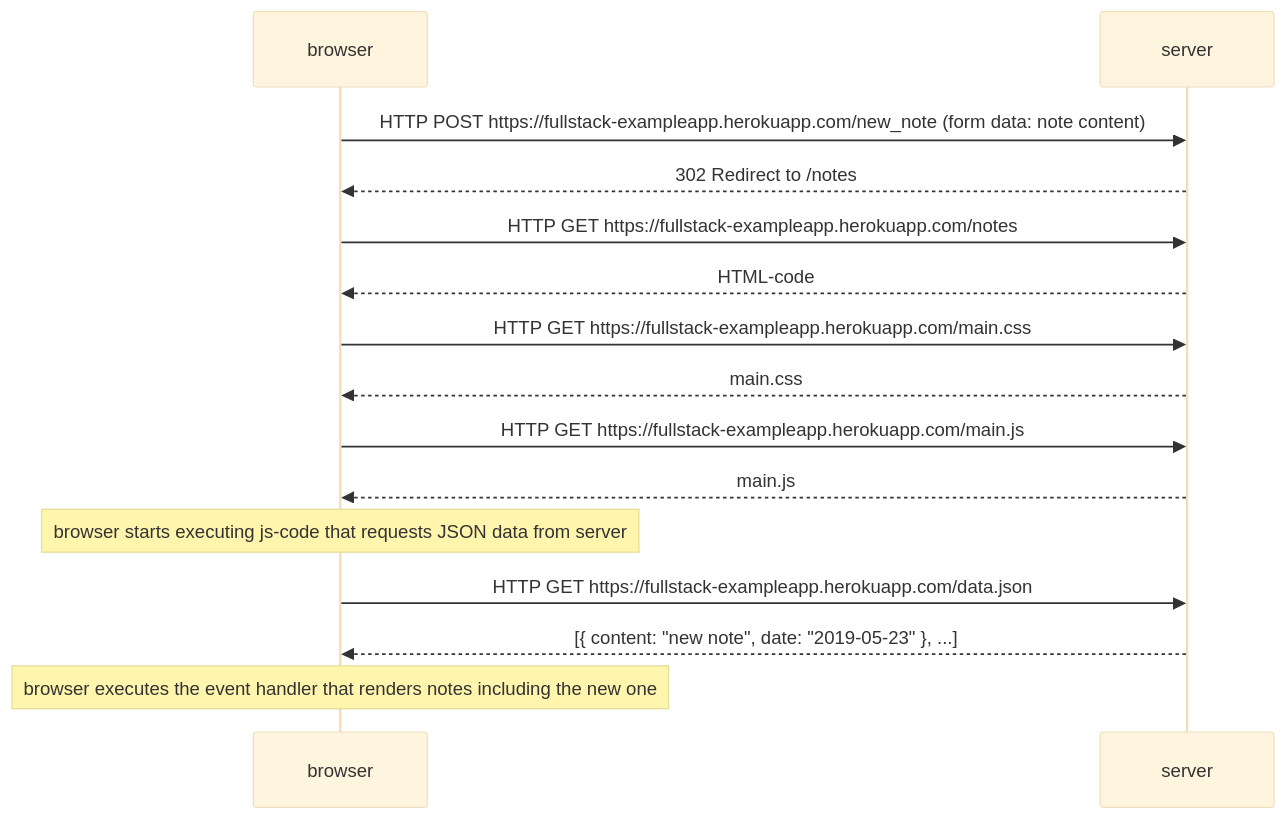
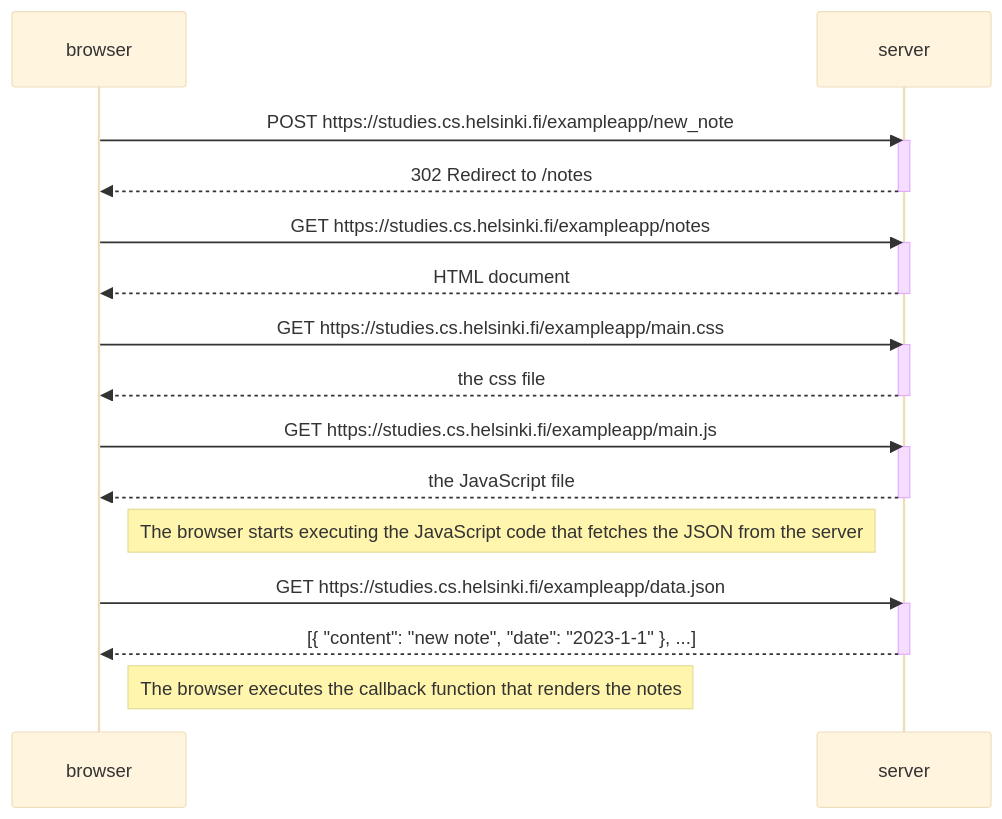
The diagram in part0/0.4.md (lyna-asma/fullstackopen), drawn with Mermaid (base theme) before and after one commit.

Commit message:
Revise sequence diagram for note creation process
Updated sequence diagram to reflect new URLs and data handling.

````diff
--- a/part0/0.4.md
+++ b/part0/0.4.md
@@ -1,19 +1,34 @@
 ```mermaid
 sequenceDiagram
     participant browser
     participant server
-      browser->>server: HTTP POST https://fullstack-exampleapp.herokuapp.com/new_note (form data: note content)
-      server-->>browser: 302 Redirect to /notes
-          browser->>server: HTTP GET https://fullstack-exampleapp.herokuapp.com/notes
-    server-->>browser: HTML-code
 
-    browser->>server: HTTP GET https://fullstack-exampleapp.herokuapp.com/main.css
-    server-->>browser: main.css
+    browser->>server: POST https://studies.cs.helsinki.fi/exampleapp/new_note
+    activate server
+    server-->>browser: 302 Redirect to /notes
+    deactivate server
 
-    browser->>server: HTTP GET https://fullstack-exampleapp.herokuapp.com/main.js
-    server-->>browser: main.js
-       note over browser: browser starts executing js-code that requests JSON data from server
-       browser->>server: HTTP GET https://fullstack-exampleapp.herokuapp.com/data.json
-    server-->>browser: [{ content: "new note", date: "2019-05-23" }, ...]
-note over browser: browser executes the event handler that renders notes including the new one
+    browser->>server: GET https://studies.cs.helsinki.fi/exampleapp/notes
+    activate server
+    server-->>browser: HTML document
+    deactivate server
+
+    browser->>server: GET https://studies.cs.helsinki.fi/exampleapp/main.css
+    activate server
+    server-->>browser: the css file
+    deactivate server
+
+    browser->>server: GET https://studies.cs.helsinki.fi/exampleapp/main.js
+    activate server
+    server-->>browser: the JavaScript file
+    deactivate server
+
+    Note right of browser: The browser starts executing the JavaScript code that fetches the JSON from the server
+
+    browser->>server: GET https://studies.cs.helsinki.fi/exampleapp/data.json
+    activate server
+    server-->>browser: [{ "content": "new note", "date": "2023-1-1" }, ...]
+    deactivate server
+
+    Note right of browser: The browser executes the callback function that renders the notes
 ```
````
